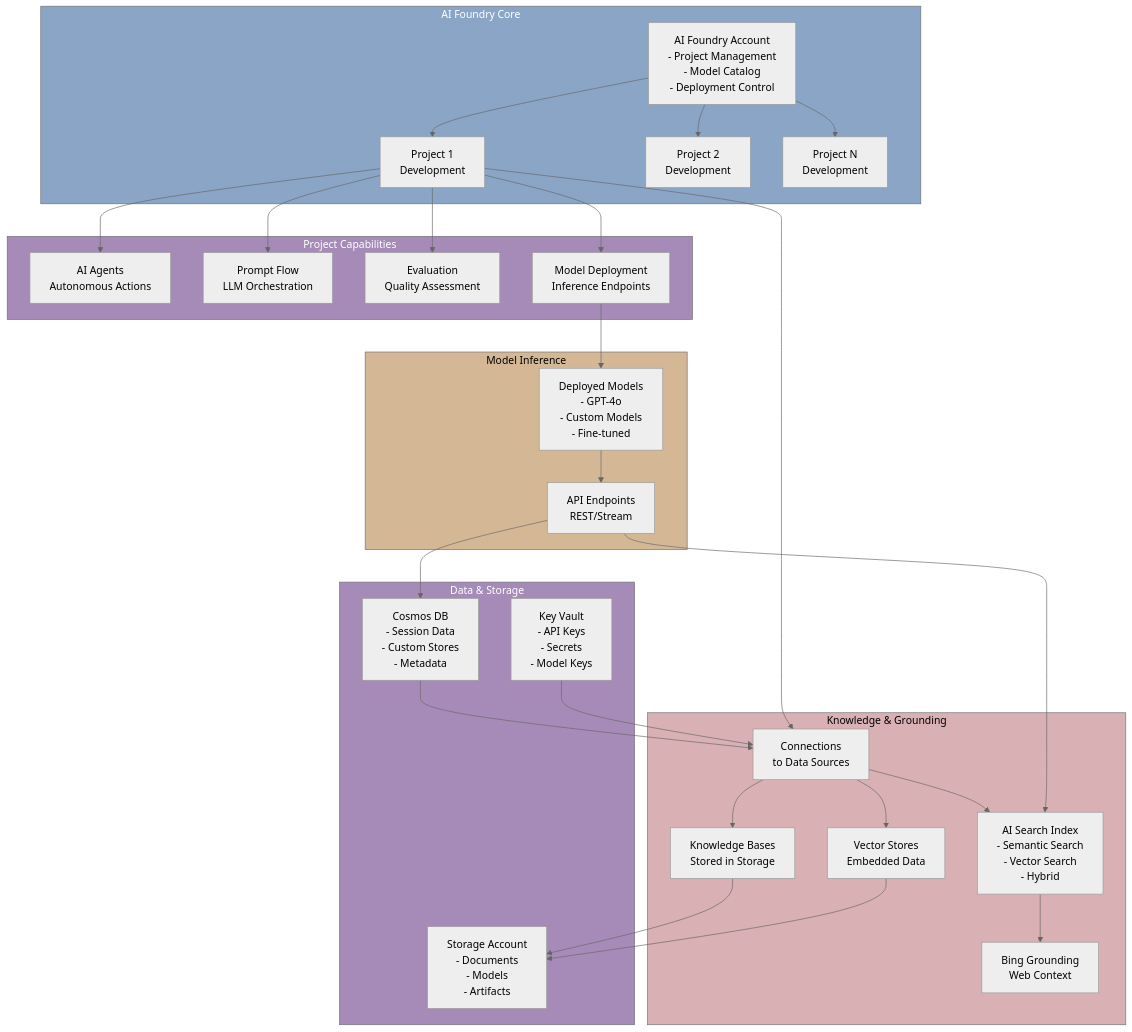
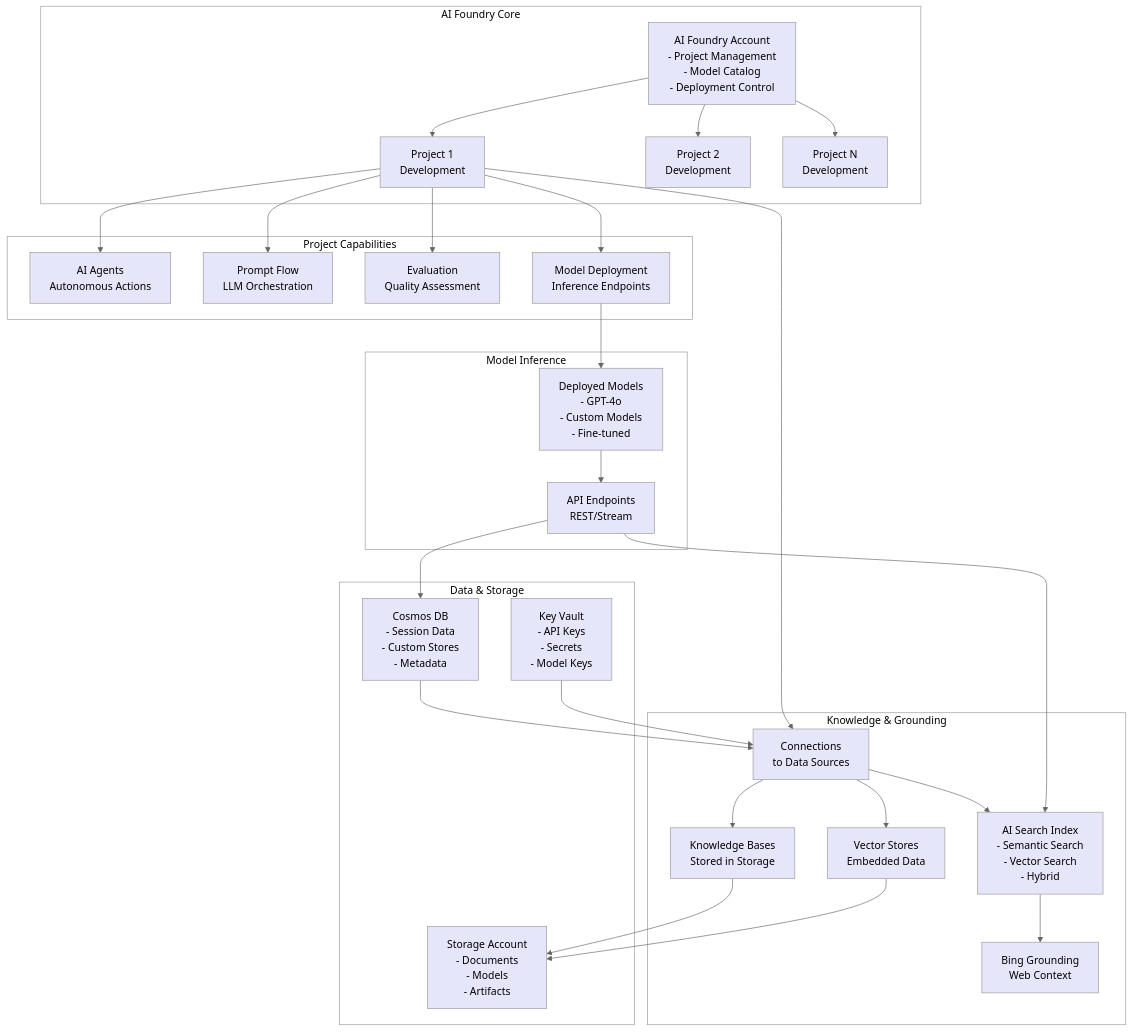
One commit to Azure/terraform-azurerm-avm-ptn-aiml-landing-zone changed the fourth of 7 diagrams in ARCHITECTURE_DIAGRAM.md. Above: the diagram before and after it, drawn with Mermaid (neutral theme). The commit also changed other lines of this file, not shown here.

````diff
--- a/ARCHITECTURE_DIAGRAM.md
+++ b/ARCHITECTURE_DIAGRAM.md
@@ -371,9 +458,28 @@
     ENDPOINTS --> AISEARCH
     ENDPOINTS --> COSMOS
 
-    style AICore fill:#8BA5C7,color:#fff
-    style AICapabilities fill:#A68BB8,color:#fff
-    style KnowledgeServices fill:#D9B0B3,color:#000
-    style DataSources fill:#A68BB8,color:#fff
-    style Inference fill:#D4B896,color:#000
+    style AICore fill:none,stroke:#999,color:#000
+    style AICapabilities fill:none,stroke:#999,color:#000
+    style KnowledgeServices fill:none,stroke:#999,color:#000
+    style DataSources fill:none,stroke:#999,color:#000
+    style Inference fill:none,stroke:#999,color:#000
+
+    style HUB fill:#E6E6FA,stroke:#999,color:#000
+    style P1 fill:#E6E6FA,stroke:#999,color:#000
+    style P2 fill:#E6E6FA,stroke:#999,color:#000
+    style P3 fill:#E6E6FA,stroke:#999,color:#000
+    style AGENTS fill:#E6E6FA,stroke:#999,color:#000
+    style PROMPT fill:#E6E6FA,stroke:#999,color:#000
+    style EVAL fill:#E6E6FA,stroke:#999,color:#000
+    style DEPLOY fill:#E6E6FA,stroke:#999,color:#000
+    style CON fill:#E6E6FA,stroke:#999,color:#000
+    style KB fill:#E6E6FA,stroke:#999,color:#000
+    style VS fill:#E6E6FA,stroke:#999,color:#000
+    style AISEARCH fill:#E6E6FA,stroke:#999,color:#000
+    style BING fill:#E6E6FA,stroke:#999,color:#000
+    style SA fill:#E6E6FA,stroke:#999,color:#000
+    style COSMOS fill:#E6E6FA,stroke:#999,color:#000
+    style KV fill:#E6E6FA,stroke:#999,color:#000
+    style DEPLOY_MODELS fill:#E6E6FA,stroke:#999,color:#000
+    style ENDPOINTS fill:#E6E6FA,stroke:#999,color:#000
 ```
````
